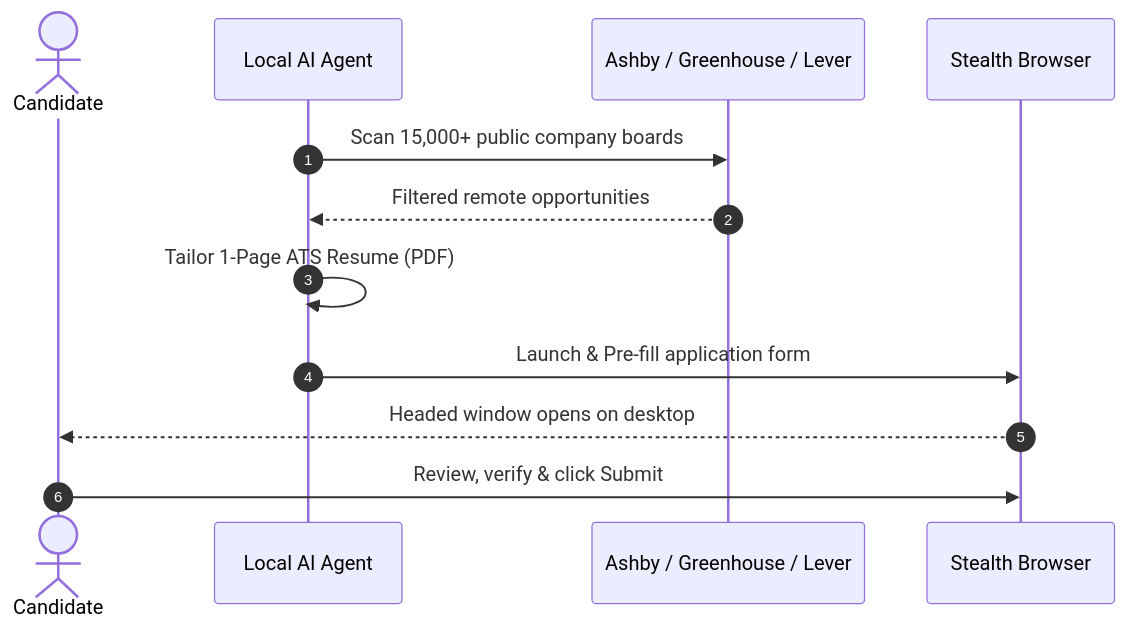
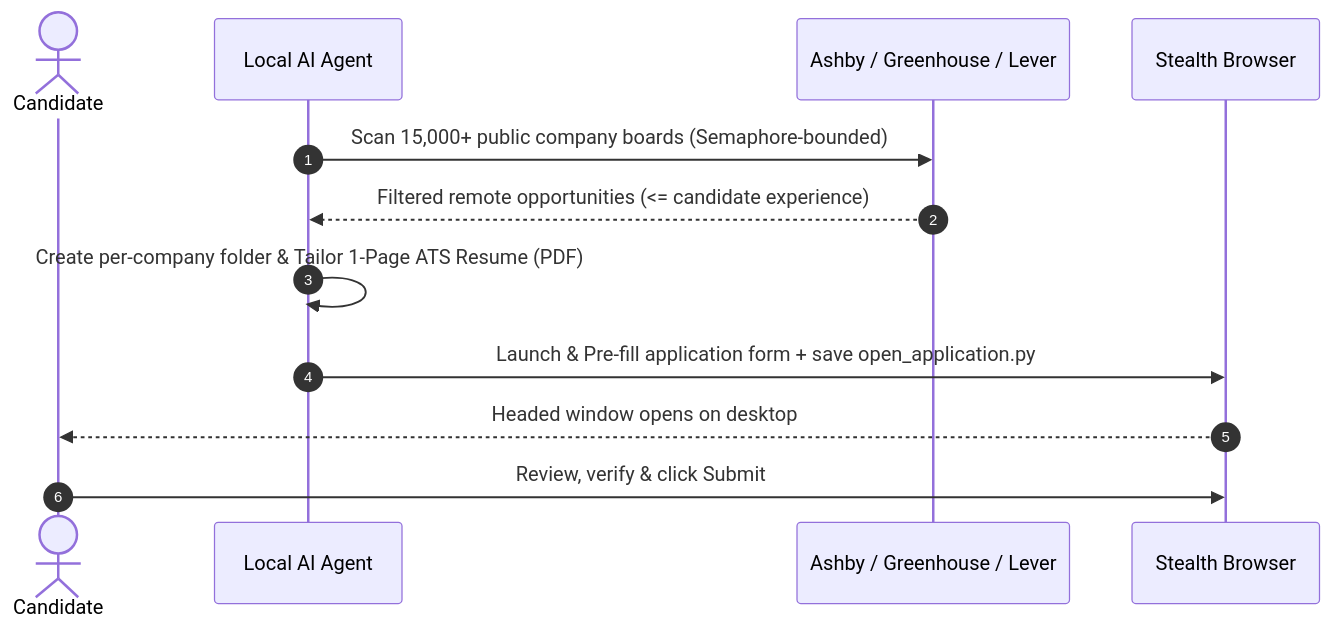
One commit to matiasoliveraqa/job-hunter changed the diagram in README.md. Above: the diagram before and after it, drawn with Mermaid. The commit also changed other lines of this file and 3 other files, not shown here.

````diff
--- a/README.md
+++ b/README.md
@@ -32,15 +30,15 @@
 ```mermaid
 sequenceDiagram
     autonumber
     actor You as Candidate
     participant AI as Local AI Agent
     participant ATS as Ashby / Greenhouse / Lever
     participant Browser as Stealth Browser
 
-    AI->>ATS: Scan 15,000+ public company boards
-    ATS-->>AI: Filtered remote opportunities
-    AI->>AI: Tailor 1-Page ATS Resume (PDF)
-    AI->>Browser: Launch & Pre-fill application form
+    AI->>ATS: Scan 15,000+ public company boards (Semaphore-bounded)
+    ATS-->>AI: Filtered remote opportunities (<= candidate experience)
+    AI->>AI: Create per-company folder & Tailor 1-Page ATS Resume (PDF)
+    AI->>Browser: Launch & Pre-fill application form + save open_application.py
     Browser-->>You: Headed window opens on desktop
     You->>Browser: Review, verify & click Submit
 ```
````
